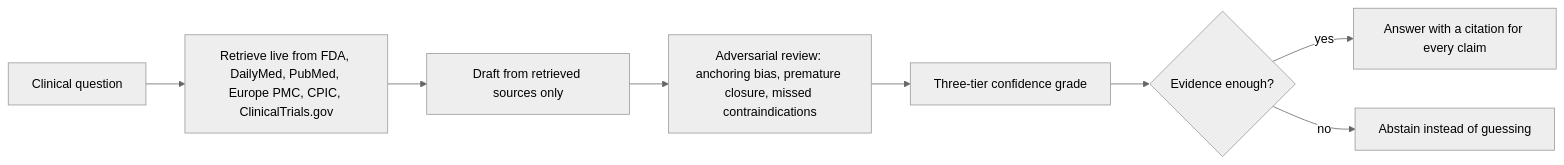
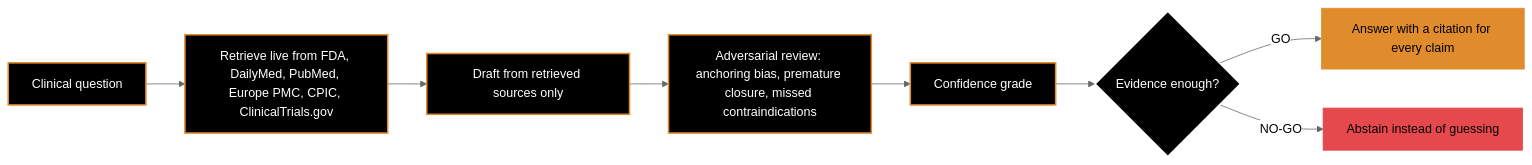
Before and after one commit to propugnatorrr-droid/propugnatorrr-droid: the diagram in README.md, drawn with Mermaid (neutral theme). The commit also changed other lines of this file and 27 other files, not shown here.

````diff
--- a/README.md
+++ b/README.md
@@ -39,10 +319,18 @@
 ```mermaid
 flowchart LR
     Q[Clinical question] --> R[Retrieve live from FDA, DailyMed, PubMed, Europe PMC, CPIC, ClinicalTrials.gov]
     R --> D[Draft from retrieved sources only]
     D --> A[Adversarial review: anchoring bias, premature closure, missed contraindications]
-    A --> G[Three-tier confidence grade]
+    A --> G[Confidence grade]
     G --> O{Evidence enough?}
-    O -- yes --> C[Answer with a citation for every claim]
-    O -- no --> X[Abstain instead of guessing]
+    O -- GO --> C[Answer with a citation for every claim]
+    O -- NO-GO --> X[Abstain instead of guessing]
+    classDef step fill:#000000,stroke:#E08C2C,stroke-width:2px,color:#FFFFFF
+    classDef gate fill:#000000,stroke:#FFFFFF,stroke-width:2px,color:#FFFFFF
+    classDef go fill:#E08C2C,stroke:#E08C2C,color:#000000
+    classDef nogo fill:#E5484D,stroke:#E5484D,color:#000000
+    class Q,R,D,A,G step
+    class O gate
+    class C go
+    class X nogo
 ```
````
